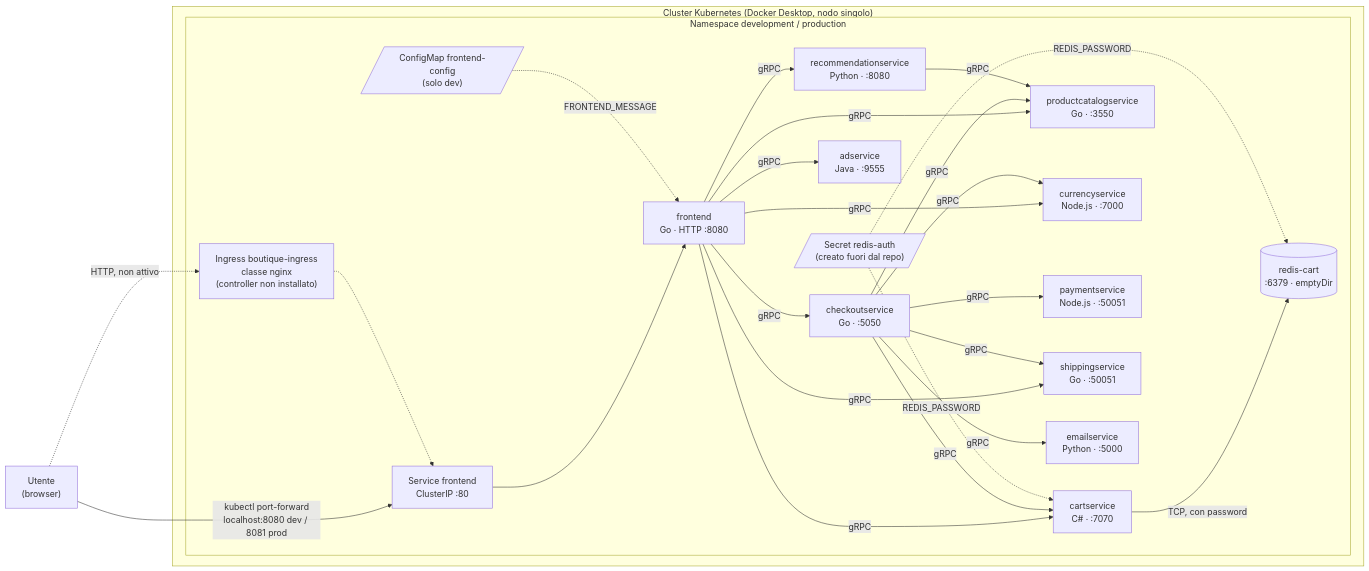
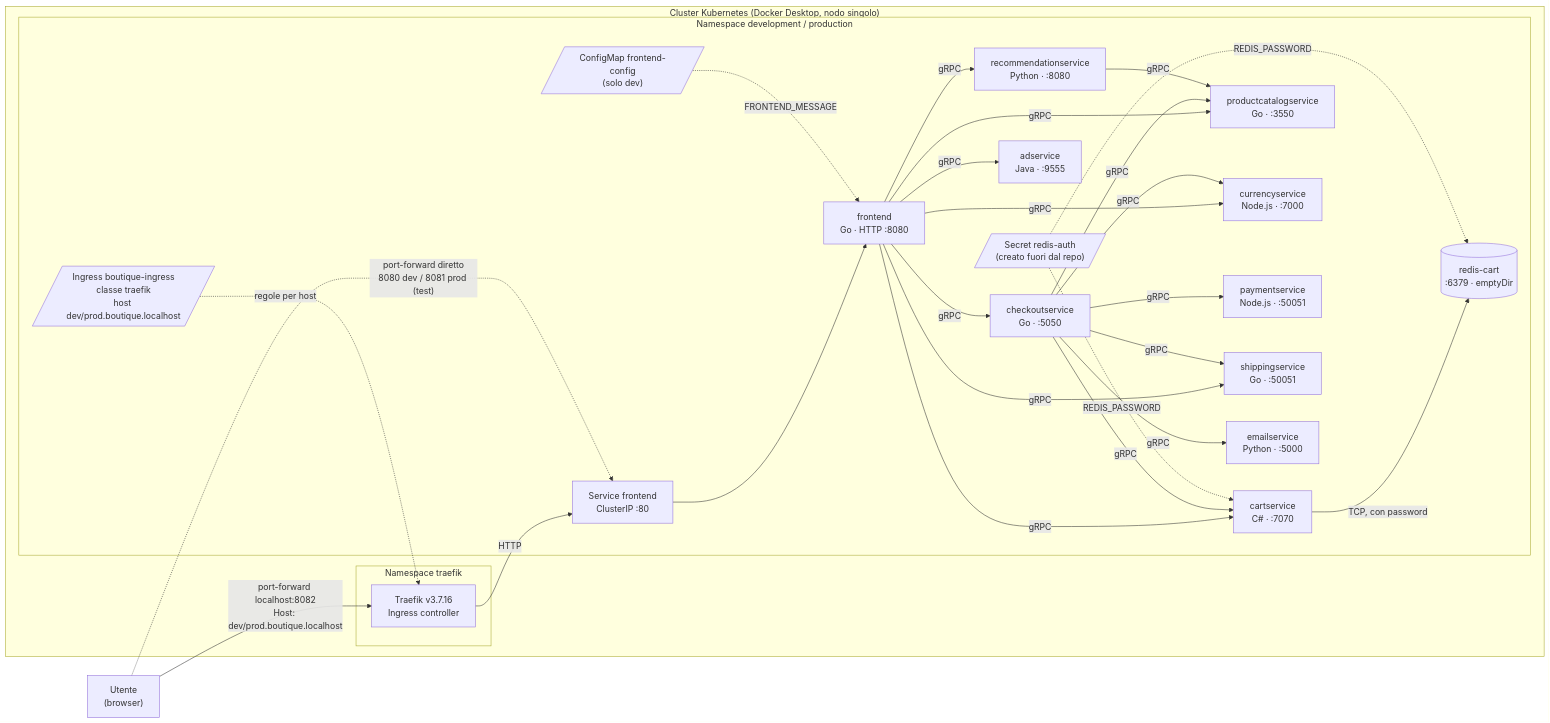
The first of 3 diagrams in docs/architecture.md (Kalejandros/kiratech-challenge), drawn with Mermaid before and after one commit. The commit also changed other lines of this file and 15 other files, not shown here.

````diff
--- a/docs/architecture.md
+++ b/docs/architecture.md
@@ -32,51 +32,55 @@
 ```mermaid
 flowchart LR
     U["Utente<br/>(browser)"]
 
     subgraph CL["Cluster Kubernetes (Docker Desktop, nodo singolo)"]
+        subgraph NT["Namespace traefik"]
+            TR["Traefik v3.7.16<br/>Ingress controller"]
+        end
         subgraph NS["Namespace development / production"]
-            ING["Ingress boutique-ingress<br/>classe nginx<br/>(controller non installato)"]
+            ING[/"Ingress boutique-ingress<br/>classe traefik<br/>host dev/prod.boutique.localhost"/]
             SVC["Service frontend<br/>ClusterIP :80"]
             FE["frontend<br/>Go · HTTP :8080"]
             CO["checkoutservice<br/>Go · :5050"]
             CART["cartservice<br/>C# · :7070"]
             PC["productcatalogservice<br/>Go · :3550"]
             CUR["currencyservice<br/>Node.js · :7000"]
             PAY["paymentservice<br/>Node.js · :50051"]
             SHIP["shippingservice<br/>Go · :50051"]
             EMAIL["emailservice<br/>Python · :5000"]
             REC["recommendationservice<br/>Python · :8080"]
             AD["adservice<br/>Java · :9555"]
             R[("redis-cart<br/>:6379 · emptyDir")]
             SEC[/"Secret redis-auth<br/>(creato fuori dal repo)"/]
             CM[/"ConfigMap frontend-config<br/>(solo dev)"/]
         end
     end
 
-    U -->|"kubectl port-forward<br/>localhost:8080 dev / 8081 prod"| SVC
-    U -.->|"HTTP, non attivo"| ING
-    ING -.-> SVC
+    U -->|"port-forward localhost:8082<br/>Host: dev/prod.boutique.localhost"| TR
+    ING -.->|regole per host| TR
+    TR -->|HTTP| SVC
+    U -.->|"port-forward diretto<br/>8080 dev / 8081 prod (test)"| SVC
     SVC --> FE
 
     FE -->|gRPC| PC
     FE -->|gRPC| CUR
     FE -->|gRPC| CART
     FE -->|gRPC| REC
     FE -->|gRPC| SHIP
     FE -->|gRPC| AD
     FE -->|gRPC| CO
 
     CO -->|gRPC| PC
     CO -->|gRPC| CART
     CO -->|gRPC| CUR
     CO -->|gRPC| SHIP
     CO -->|gRPC| PAY
     CO -->|gRPC| EMAIL
 
     REC -->|gRPC| PC
     CART -->|"TCP, con password"| R
 
     SEC -.->|REDIS_PASSWORD| R
     SEC -.->|REDIS_PASSWORD| CART
     CM -.->|FRONTEND_MESSAGE| FE
 ```
````
